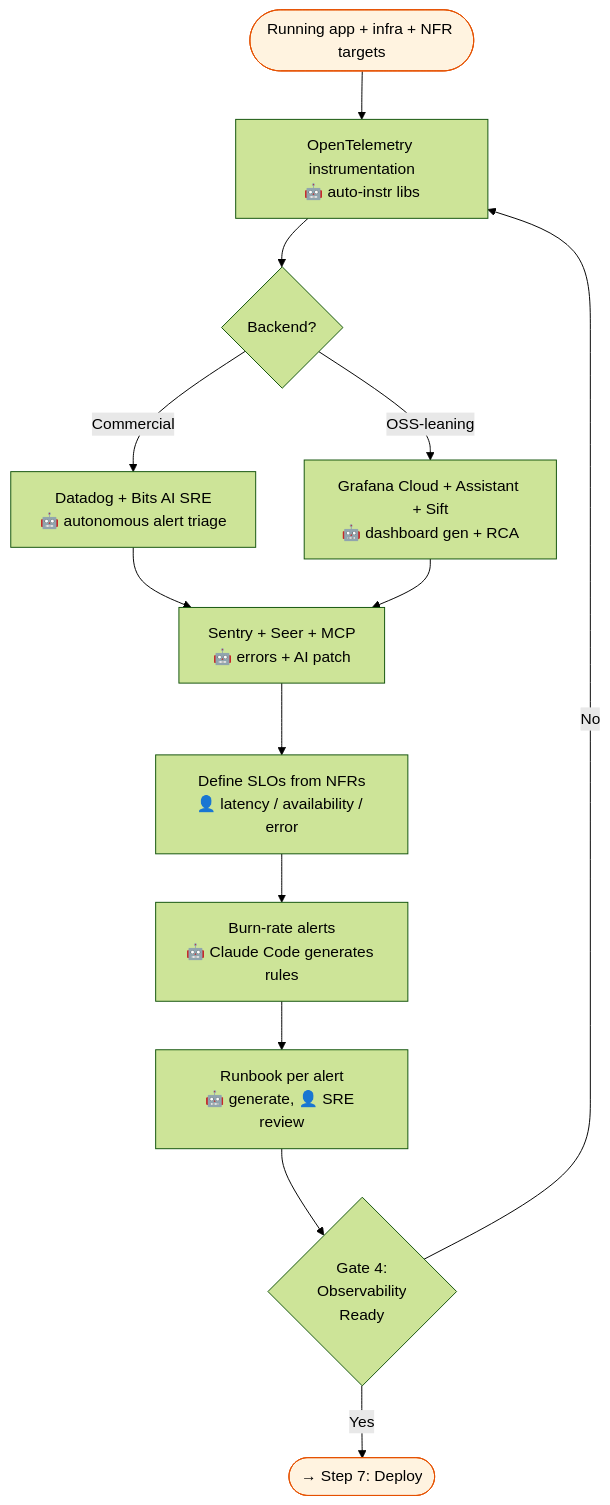
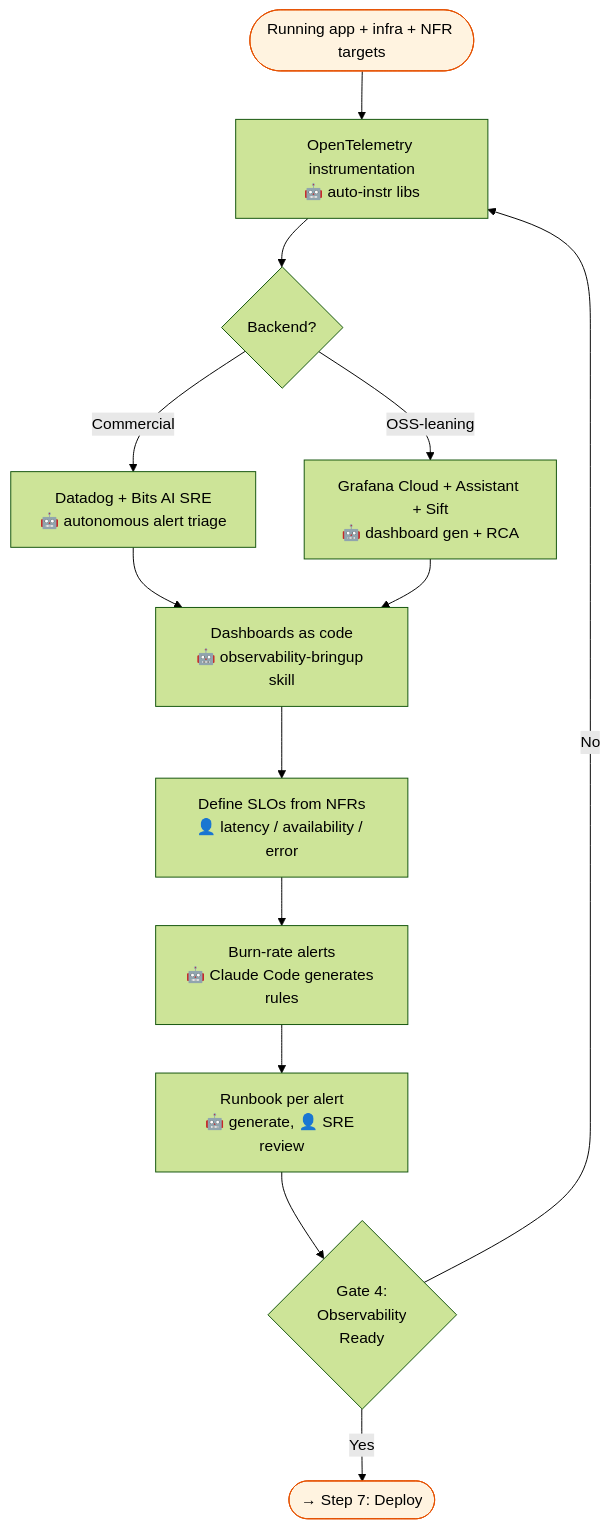
One commit to kalpat-allion/ai-dlc changed the eighth of 9 diagrams in aidlc-phases/06-cicd-devops/FLOWCHART.md. Above: the diagram before and after it, drawn with Mermaid (forest theme). The commit also changed other lines of this file and 39 other files, not shown here.

````diff
--- a/aidlc-phases/06-cicd-devops/FLOWCHART.md
+++ b/aidlc-phases/06-cicd-devops/FLOWCHART.md
@@ -206,20 +194,20 @@
 ```mermaid
 flowchart TD
     S6_IN([Running app + infra + NFR targets]) --> OBS
     OBS[OpenTelemetry instrumentation<br/>🤖 auto-instr libs] --> BACKEND
     BACKEND{Backend?}
     BACKEND -- Commercial --> DD[Datadog + Bits AI SRE<br/>🤖 autonomous alert triage]
     BACKEND -- OSS-leaning --> GRAFANA[Grafana Cloud + Assistant + Sift<br/>🤖 dashboard gen + RCA]
-    DD --> SENTRY
-    GRAFANA --> SENTRY
-    SENTRY[Sentry + Seer + MCP<br/>🤖 errors + AI patch] --> SLOS
+    DD --> DASHBOARDS
+    GRAFANA --> DASHBOARDS
+    DASHBOARDS[Dashboards as code<br/>🤖 observability-bringup skill] --> SLOS
     SLOS[Define SLOs from NFRs<br/>👤 latency / availability / error] --> ALERTS
     ALERTS[Burn-rate alerts<br/>🤖 Claude Code generates rules] --> RUNBOOKS
     RUNBOOKS[Runbook per alert<br/>🤖 generate, 👤 SRE review] --> GATE4
     GATE4{Gate 4:<br/>Observability<br/>Ready}
     GATE4 -- No --> OBS
     GATE4 -- Yes --> S6_OUT([→ Step 7: Deploy])
 
     style S6_IN fill:#fff3e0,stroke:#E65100
     style S6_OUT fill:#fff3e0,stroke:#E65100
 ```
````
